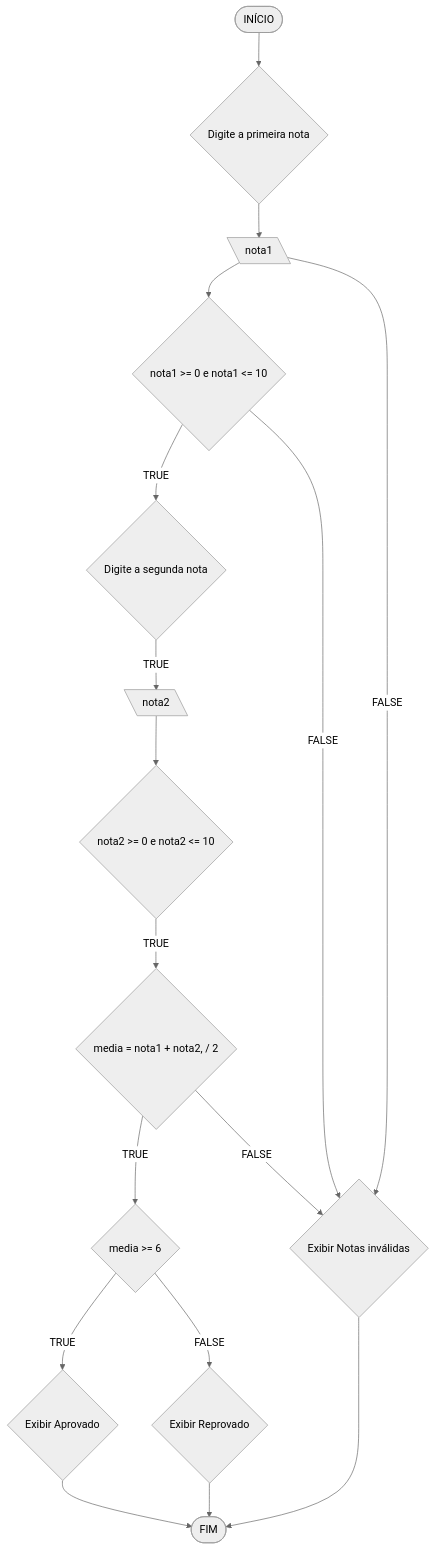
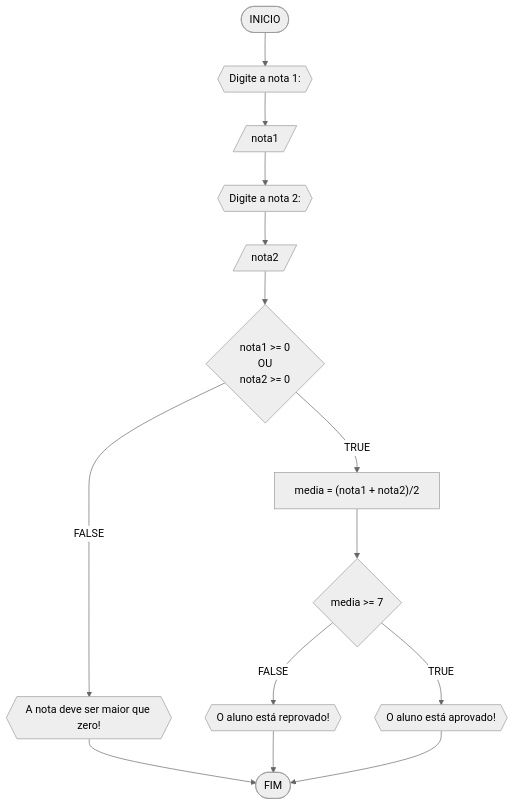
The third of 4 diagrams in RLA/lista1.md (edwardstww/unifor), drawn with Mermaid (neutral theme) before and after one commit. The commit also changed other lines of this file, not shown here.

````diff
--- a/RLA/lista1.md
+++ b/RLA/lista1.md
@@ -101,19 +134,16 @@
 ```mermaid
-flowchart TD 
-A([INÍCIO]) --> B{Digite a primeira nota} 
-B --> C[\nota1\] 
-C --> D{nota1 >= 0 e nota1 <= 10} 
-D --TRUE--> E{Digite a segunda nota} 
-E --TRUE--> F[\nota2\] 
-F --> G{nota2 >= 0 e nota2 <= 10} 
-G --TRUE--> H{media = nota1 + nota2, / 2} 
-H --TRUE--> I{media >= 6} 
-I --TRUE--> J{Exibir Aprovado}
-J --> K([FIM])
-I --FALSE--> L{Exibir Reprovado}
-L --> K 
-H --FALSE--> M{Exibir Notas inválidas} 
-M --> K 
-D --FALSE--> M 
-C --FALSE--> M
+flowchart TD
+A([INICIO]) --> B{{"Digite a nota 1:"}}
+B --> C[/nota1/]
+C --> D{{"Digite a nota 2:"}}
+D --> E[/nota2/]
+E --> F{nota1 >= 0<br> OU <br>nota2 >= 0}  
+F --FALSE--> K{{"A nota deve ser maior que zero!"}}
+K --> L([FIM])
+F --TRUE--> G["media = (nota1 + nota2)/2"]
+G --> H{media >= 7}
+H --FALSE--> I{{"O aluno está reprovado!"}}
+H --TRUE--> J{{"O aluno está aprovado!"}}
+I --> L
+J --> L
 ```
````
